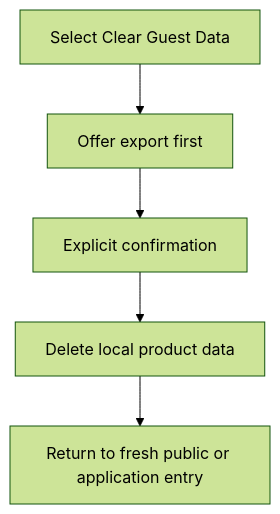
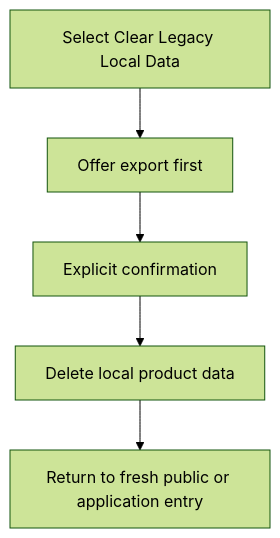
Diagram 19 of 19 in docs/specs/UX-FLOWS.md (farzah14/recovery-first), drawn with Mermaid (forest theme) before and after one commit. The commit also changed other lines of this file and 9 other files, not shown here.

````diff
--- a/docs/specs/UX-FLOWS.md
+++ b/docs/specs/UX-FLOWS.md
@@ -2026,7 +2019,7 @@
 ```mermaid
 flowchart TD
-    Clear[Select Clear Guest Data] --> Offer[Offer export first]
+    Clear[Select Clear Legacy Local Data] --> Offer[Offer export first]
     Offer --> Confirm[Explicit confirmation]
     Confirm --> Delete[Delete local product data]
     Delete --> Result[Return to fresh public or application entry]
 ```
````
